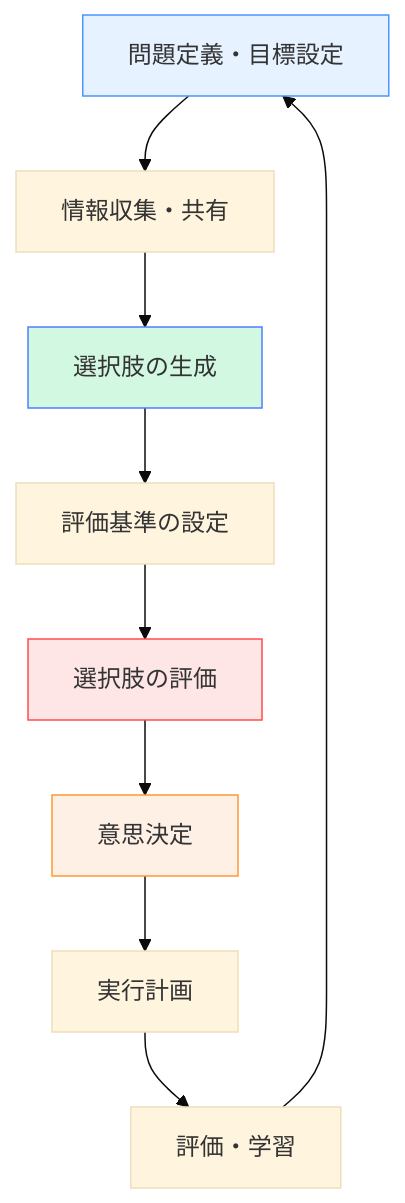
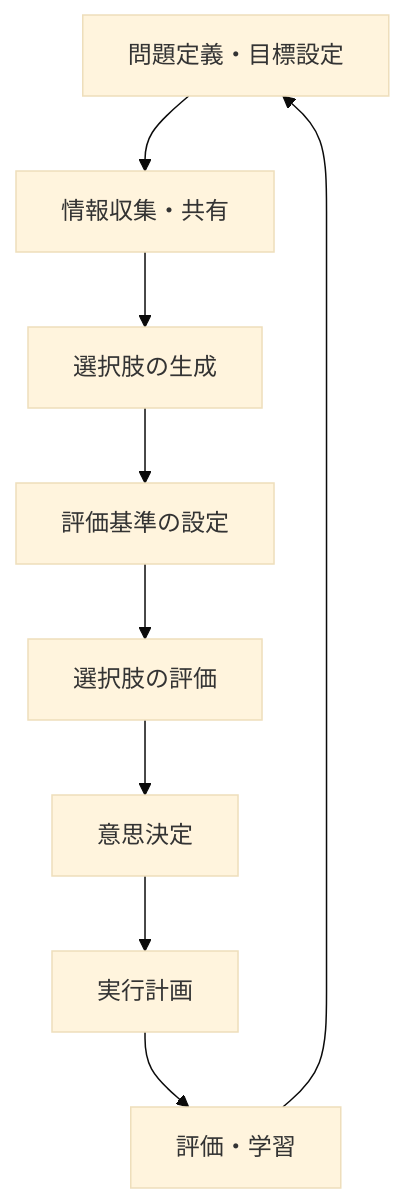
Before and after one commit to shuji-bonji/Situational-Awareness-and-Decision-Making: the fifth of 9 diagrams in docs/decision-making-guide/team-decision-making.md, drawn with Mermaid (base theme). The commit also changed other lines of this file and 49 other files, not shown here.

Commit message:
fix: ダークモードで見づらい図の色の変更

````diff
--- a/docs/decision-making-guide/team-decision-making.md
+++ b/docs/decision-making-guide/team-decision-making.md
@@ -286,16 +286,16 @@
 ```mermaid
 graph TB
     A[問題定義・目標設定] --> B[情報収集・共有]
     B --> C[選択肢の生成]
     C --> D[評価基準の設定]
     D --> E[選択肢の評価]
     E --> F[意思決定]
     F --> G[実行計画]
     G --> H[評価・学習]
     H --> A
     
-    style A fill:#e6f2ff,stroke:#4d94ff
-    style C fill:#d3f8e2,stroke:#4d7fff
-    style E fill:#ffe6e6,stroke:#ff4d4d
-    style F fill:#fff0e6,stroke:#ff9933
+
+
+
+
 ```
````
